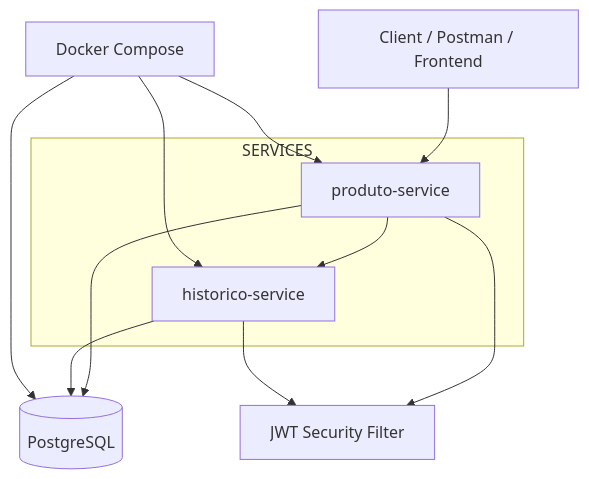
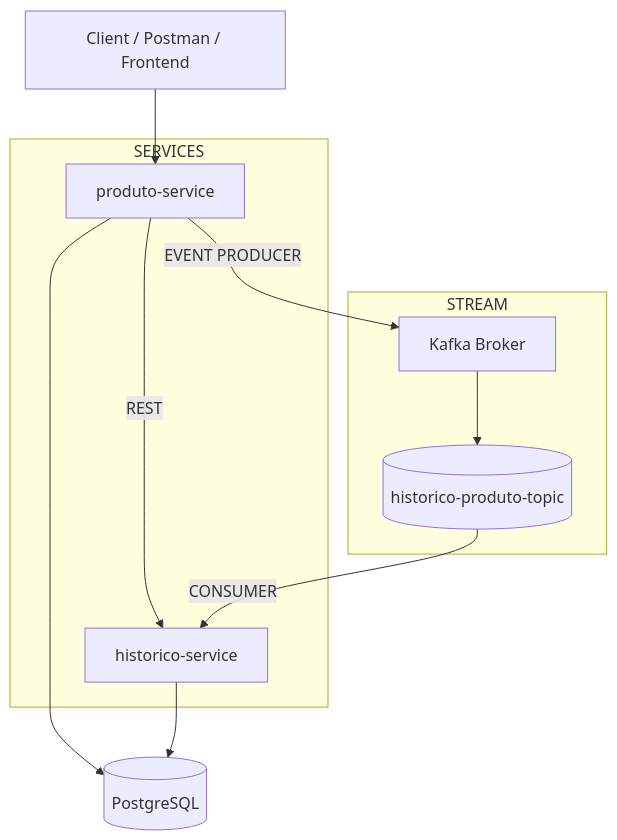
Before and after one commit to SilvioVieiraFilho/inventory-microservices: the diagram in README.md, drawn with Mermaid. The commit also changed other lines of this file and 15 other files, not shown here.

Commit message:
feat: implement event-driven product history with Kafka consumer/producer

````diff
--- a/README.md
+++ b/README.md
@@ -72,29 +44,27 @@
 ```mermaid
 flowchart TB
 
 CLIENT[Client / Postman / Frontend]
 
 subgraph SERVICES
     PROD[produto-service]
     HIST[historico-service]
 end
 
+subgraph STREAM
+    KAFKA[Kafka Broker]
+    TOPIC[(historico-produto-topic)]
+end
+
 DB[(PostgreSQL)]
 
-DOCKER[Docker Compose]
+CLIENT --> PROD
 
-JWT[JWT Security Filter]
-
-CLIENT --> PROD
-PROD --> HIST
+PROD -->|REST| HIST
+PROD -->|EVENT PRODUCER| KAFKA
+KAFKA --> TOPIC
+TOPIC -->|CONSUMER| HIST
 
 PROD --> DB
 HIST --> DB
-
-PROD --> JWT
-HIST --> JWT
-
-DOCKER --> PROD
-DOCKER --> HIST
-DOCKER --> DB
 ```
````
